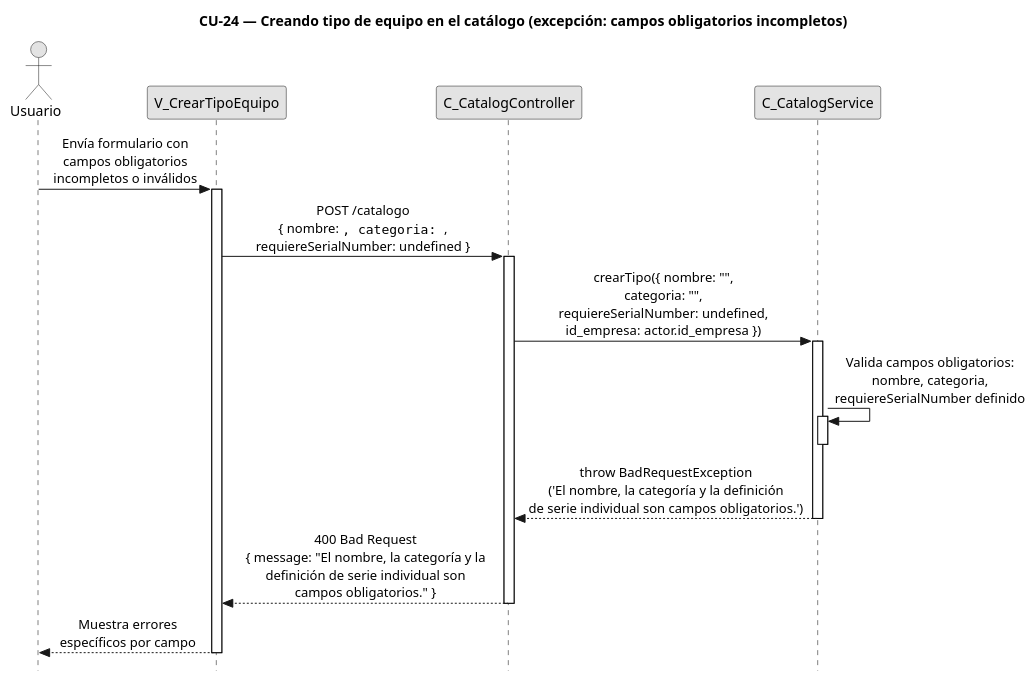
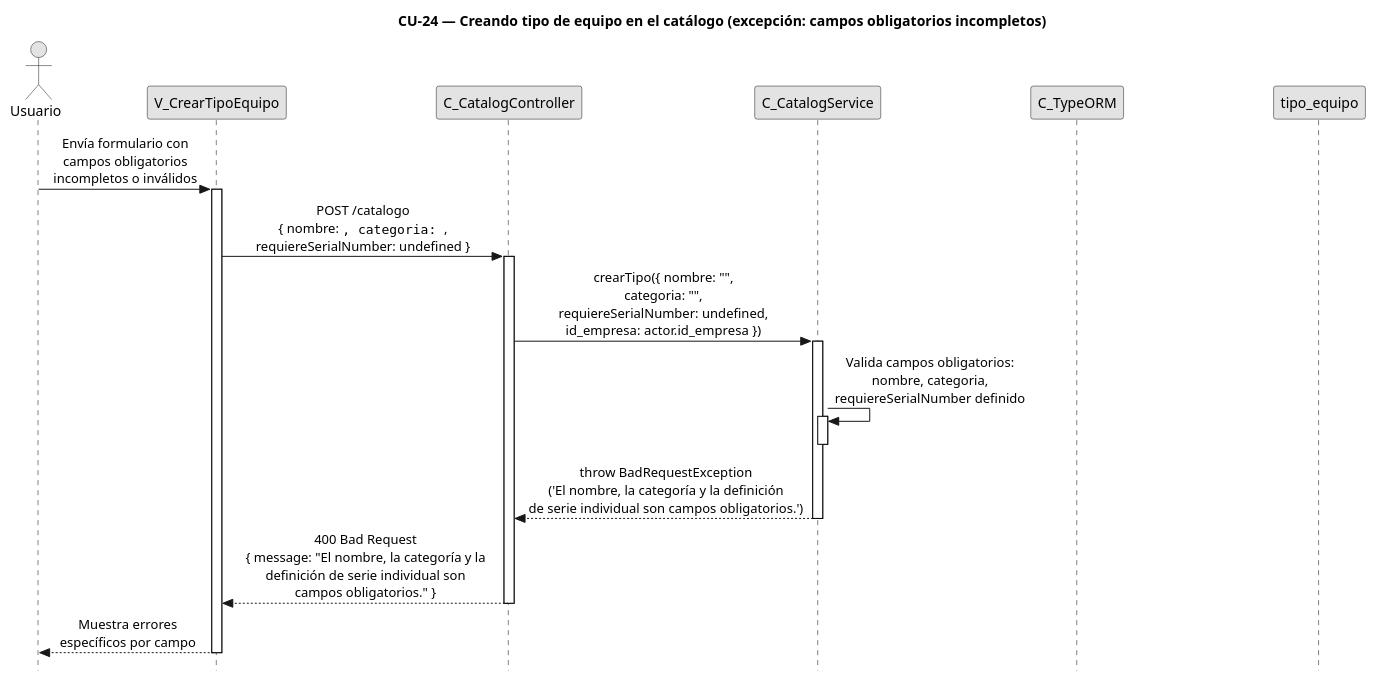
The diagram in diagramas-secuencia/CU24/CU24-exc-campos-invalidos.puml (FSM-Finet-y-Cable-Magico/Team_1-Inventario-y-Bodega), drawn with PlantUML before and after one commit. The commit also changed 83 other files, not shown here.

Commit message:
fix diagramas segun criterio profesor

```diff
--- a/diagramas-secuencia/CU24/CU24-exc-campos-invalidos.puml
+++ b/diagramas-secuencia/CU24/CU24-exc-campos-invalidos.puml
@@ -1,43 +1,45 @@
 @startuml CU24-exc-campos-invalidos
 title CU-24 — Creando tipo de equipo en el catálogo (excepción: campos obligatorios incompletos)
 
 skinparam style strictuml
 skinparam monochrome true
 skinparam shadowing false
 skinparam sequenceMessageAlign center
 skinparam ParticipantPadding 70
 skinparam ActorPadding 30
 skinparam sequence {
   MessageAlign center
   LifeLineBorderColor black
 }
 hide footbox
 
 actor "Usuario" as user
 participant "V_CrearTipoEquipo" as view
 participant "C_CatalogController" as ctrl
 participant "C_CatalogService" as svc
+participant "C_TypeORM" as orm
+participant "tipo_equipo" as tent
 
 user -> view : Envía formulario con\ncampos obligatorios\nincompletos o inválidos
 activate view
 
 view -> ctrl : POST /catalogo\n{ nombre: "", categoria: "",\nrequiereSerialNumber: undefined }
 activate ctrl
 
 ctrl -> svc : crearTipo({ nombre: "",\ncategoria: "",\nrequiereSerialNumber: undefined,\nid_empresa: actor.id_empresa })
 activate svc
 
 svc -> svc : Valida campos obligatorios:\nnombre, categoria,\nrequiereSerialNumber definido
 activate svc
 deactivate svc
 
 svc --> ctrl : throw BadRequestException\n('El nombre, la categoría y la definición\nde serie individual son campos obligatorios.')
 deactivate svc
 
 ctrl --> view : 400 Bad Request\n{ message: "El nombre, la categoría y la\ndefinición de serie individual son\ncampos obligatorios." }
 deactivate ctrl
 
 view --> user : Muestra errores\nespecíficos por campo
 deactivate view
 
 @enduml
```
